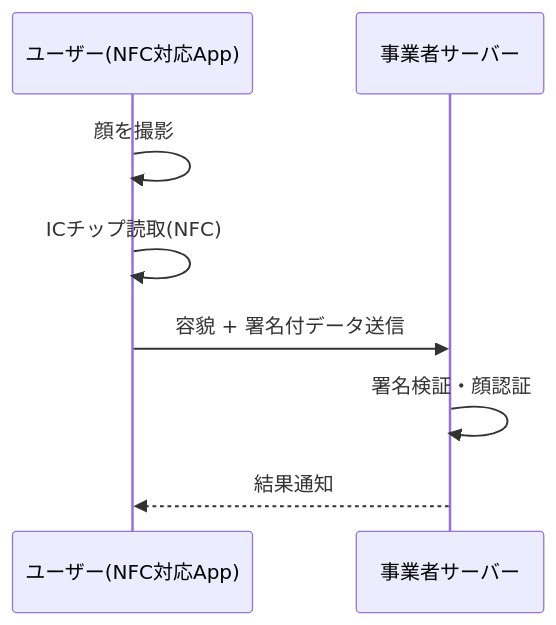
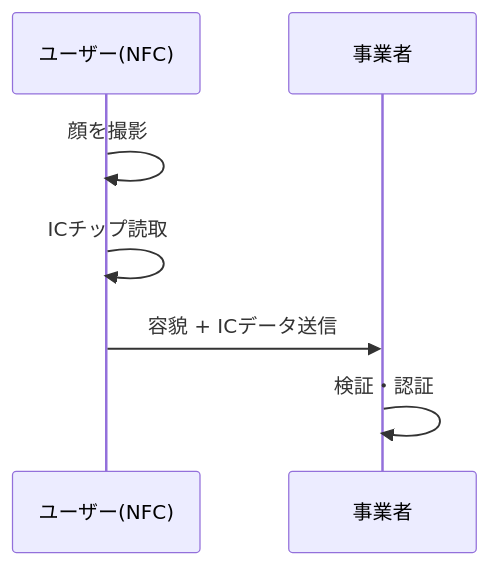
One commit to CiderH2CO3/study-hanshuho changed the tenth of 21 diagrams in hanshuho.md. Above: the diagram before and after it, drawn with Mermaid. The commit also changed other lines of this file and 1 other file, not shown here.

````diff
--- a/hanshuho.md
+++ b/hanshuho.md
@@ -357,10 +375,9 @@
 ```mermaid
 sequenceDiagram
-    participant User as ユーザー(NFC対応App)
-    participant Server as 事業者サーバー
+    participant User as ユーザー(NFC)
+    participant Server as 事業者
     User->>User: 顔を撮影
-    User->>User: ICチップ読取(NFC)
-    User->>Server: 容貌 + 署名付データ送信
-    Server->>Server: 署名検証・顔認証
-    Server-->>User: 結果通知
+    User->>User: ICチップ読取
+    User->>Server: 容貌 + ICデータ送信
+    Server->>Server: 検証・認証
 ```
````
